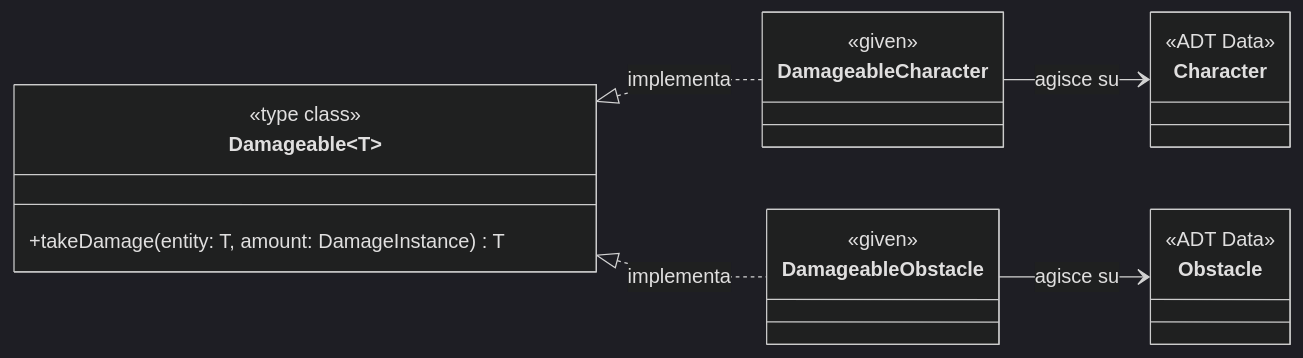
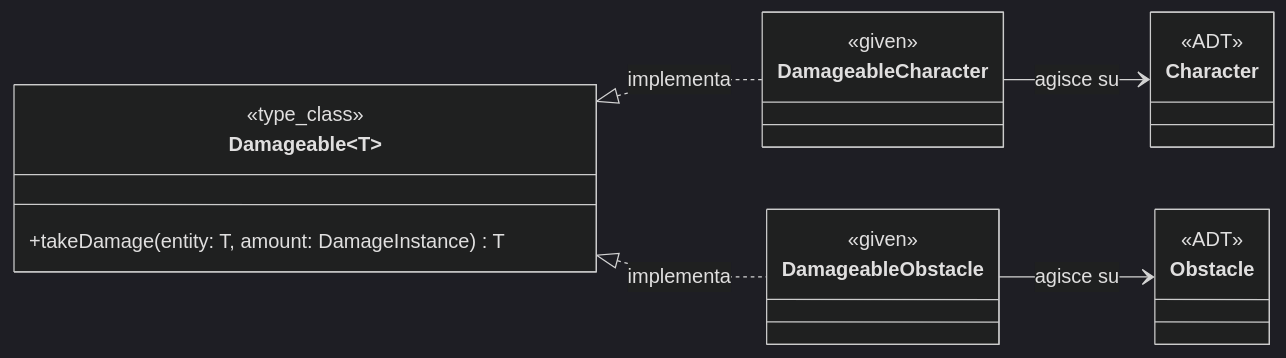
Before and after one commit to zanetti33/PPS-24-ToSAB: the second of 2 diagrams in docs/report/implementation/pedrini-impl.md, drawn with Mermaid (dark theme). The commit also changed other lines of this file, not shown here.

Commit message:
docs(fix): removing mermaid errors

````diff
--- a/docs/report/implementation/pedrini-impl.md
+++ b/docs/report/implementation/pedrini-impl.md
@@ -57,31 +57,31 @@
 ```mermaid
 classDiagram
     direction LR
 
     class Damageable~T~ {
-        <<type class>>
+        <<type_class>>
         +takeDamage(entity: T, amount: DamageInstance) T
     }
 
     class DamageableCharacter {
         <<given>>
     }
 
     class DamageableObstacle {
         <<given>>
     }
 
     class Character {
-        <<ADT Data>>
+        <<ADT>>
     }
 
     class Obstacle {
-        <<ADT Data>>
+        <<ADT>>
     }
 
     Damageable~T~ <|.. DamageableCharacter : implementa
     Damageable~T~ <|.. DamageableObstacle : implementa
 
     DamageableCharacter --> Character : agisce su
     DamageableObstacle --> Obstacle : agisce su
 ```
````
